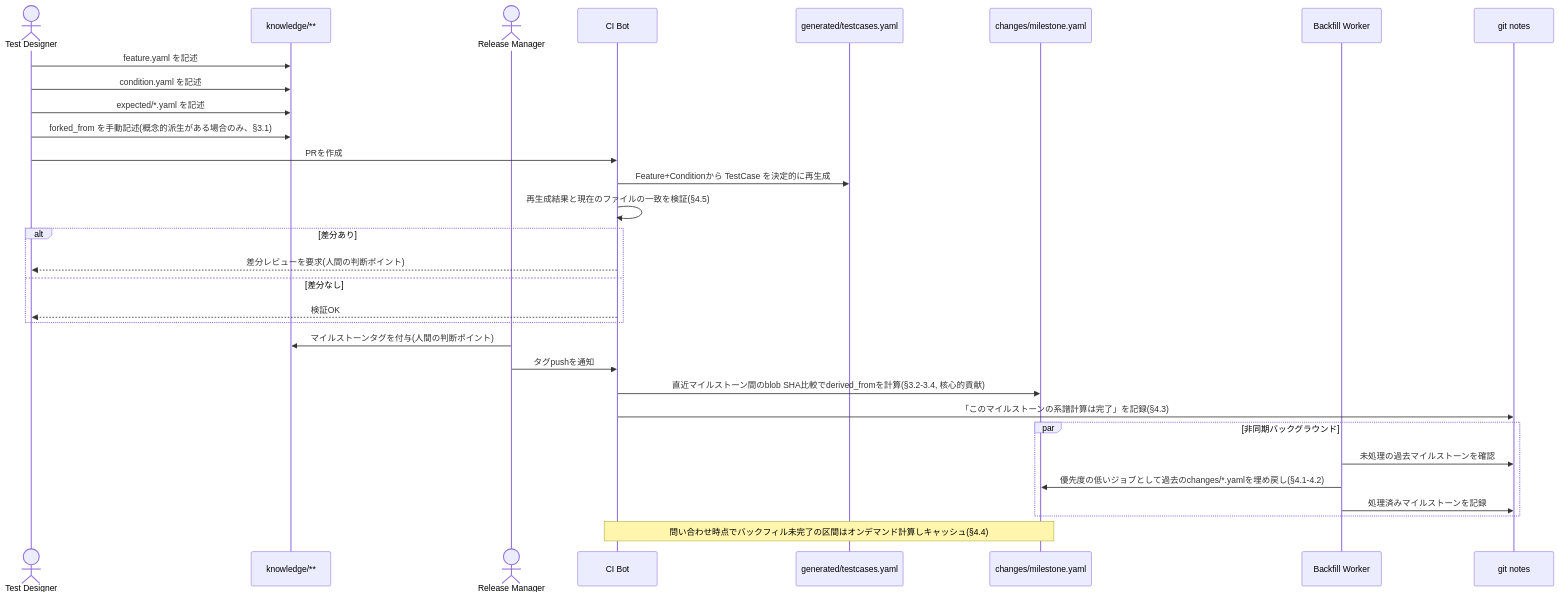
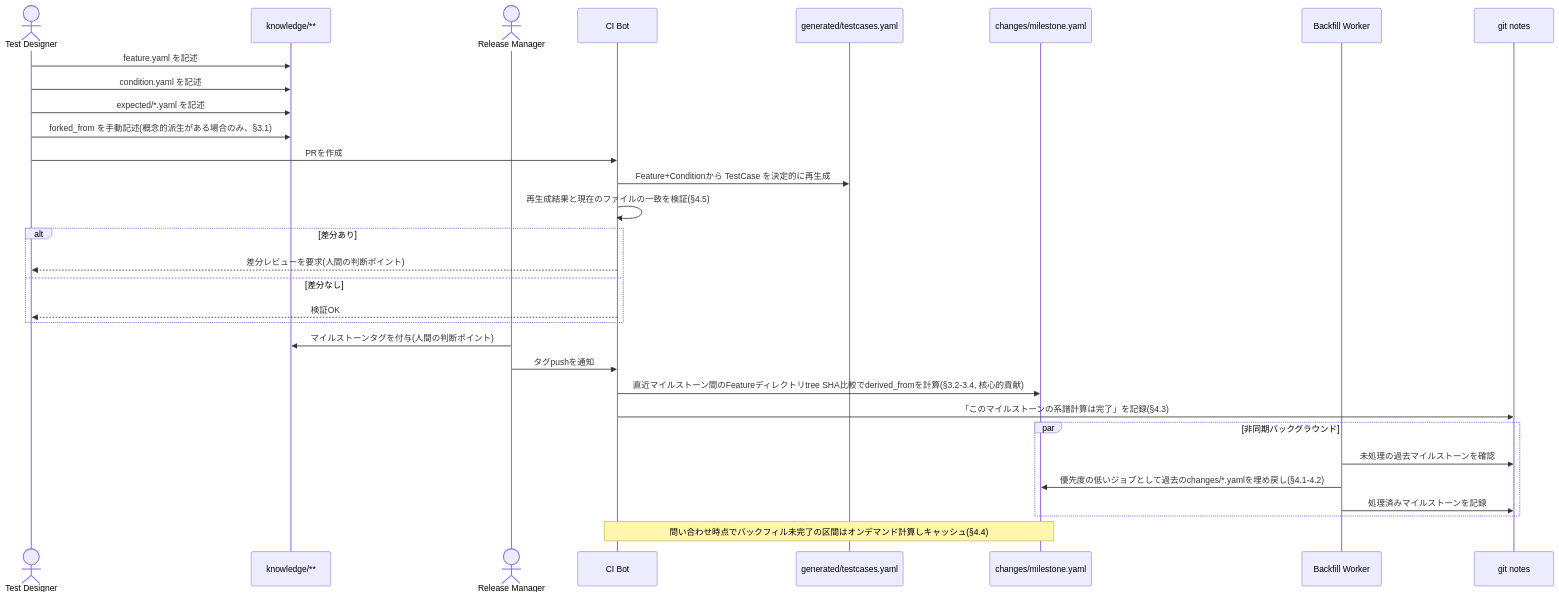
Before and after one commit to markharness/markharness: the first of 2 diagrams in docs/product-operation.md, drawn with Mermaid. The commit also changed other lines of this file and 3 other files, not shown here.

First line of the commit message:
docs: 直近の実装(id正準化・キャッシュキー・change_type・schema検証・merge-base監査)に合わせて関連資料を更新

````diff
--- a/docs/product-operation.md
+++ b/docs/product-operation.md
@@ -7,39 +7,39 @@
 ```mermaid
 sequenceDiagram
     actor TD as Test Designer
     participant KN as knowledge/**
     actor RM as Release Manager
     participant CI as CI Bot
     participant GEN as generated/testcases.yaml
     participant CH as changes/milestone.yaml
     participant BF as Backfill Worker
     participant NOTES as git notes
 
     TD->>KN: feature.yaml を記述
     TD->>KN: condition.yaml を記述
     TD->>KN: expected/*.yaml を記述
     TD->>KN: forked_from を手動記述(概念的派生がある場合のみ、§3.1)
     TD->>CI: PRを作成
 
     CI->>GEN: Feature+Conditionから TestCase を決定的に再生成
     CI->>CI: 再生成結果と現在のファイルの一致を検証(§4.5)
     alt 差分あり
         CI-->>TD: 差分レビューを要求(人間の判断ポイント)
     else 差分なし
         CI-->>TD: 検証OK
     end
 
     RM->>KN: マイルストーンタグを付与(人間の判断ポイント)
     RM->>CI: タグpushを通知
 
-    CI->>CH: 直近マイルストーン間のblob SHA比較でderived_fromを計算(§3.2-3.4, 核心的貢献)
+    CI->>CH: 直近マイルストーン間のFeatureディレクトリtree SHA比較でderived_fromを計算(§3.2-3.4, 核心的貢献)
     CI->>NOTES: 「このマイルストーンの系譜計算は完了」を記録(§4.3)
 
     par 非同期バックグラウンド
         BF->>NOTES: 未処理の過去マイルストーンを確認
         BF->>CH: 優先度の低いジョブとして過去のchanges/*.yamlを埋め戻し(§4.1-4.2)
         BF->>NOTES: 処理済みマイルストーンを記録
     end
 
     Note over CI,CH: 問い合わせ時点でバックフィル未完了の区間はオンデマンド計算しキャッシュ(§4.4)
 ```
````
